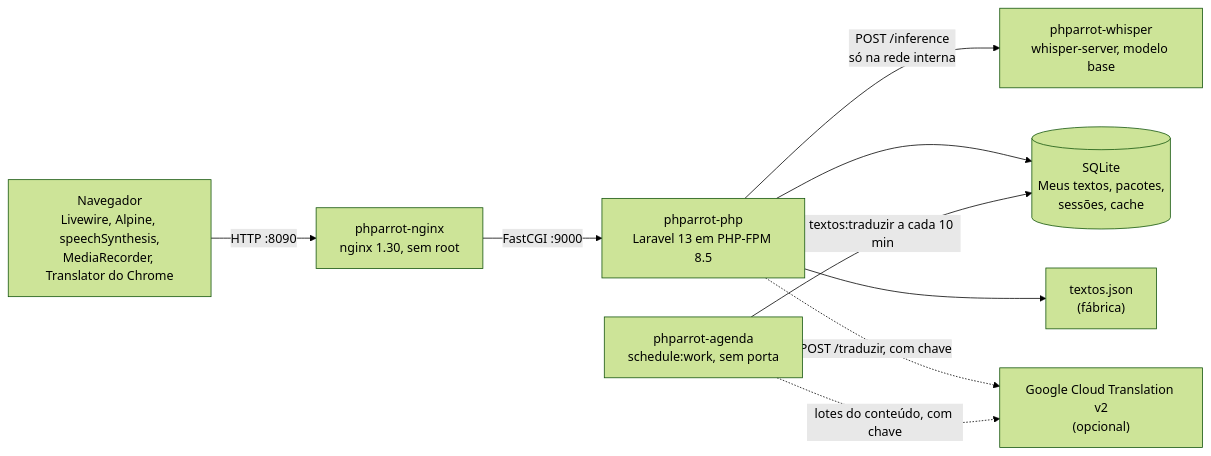
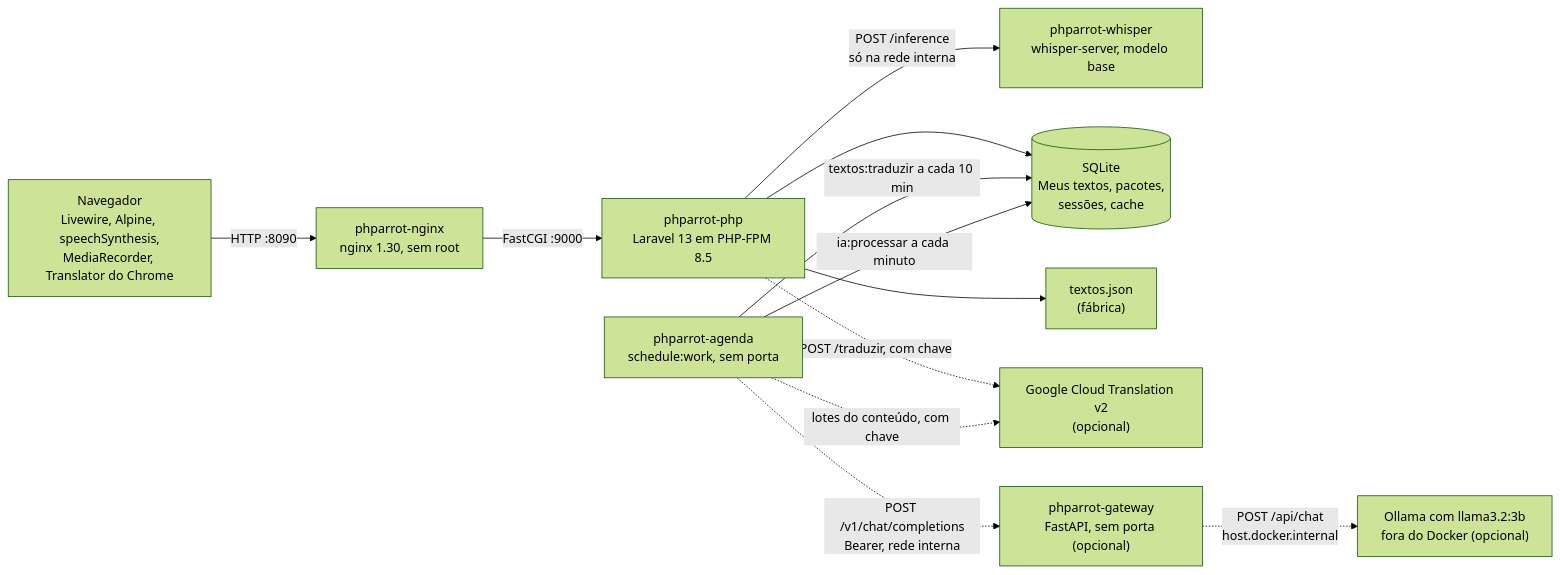
Before and after one commit to caiobarilli/PHParrot: the diagram in docs/arquitetura.md, drawn with Mermaid (forest theme). The commit also changed other lines of this file and 4 other files, not shown here.

````diff
--- a/docs/arquitetura.md
+++ b/docs/arquitetura.md
@@ -5,20 +5,25 @@
 ```mermaid
 flowchart LR
     nav["Navegador<br/>Livewire, Alpine, speechSynthesis,<br/>MediaRecorder, Translator do Chrome"]
     nginx["phparrot-nginx<br/>nginx 1.30, sem root"]
     php["phparrot-php<br/>Laravel 13 em PHP-FPM 8.5"]
     whisper["phparrot-whisper<br/>whisper-server, modelo base"]
     agenda["phparrot-agenda<br/>schedule:work, sem porta"]
     db[("SQLite<br/>Meus textos, pacotes,<br/>sessões, cache")]
     json["textos.json<br/>(fábrica)"]
     google["Google Cloud Translation v2<br/>(opcional)"]
+    gateway["phparrot-gateway<br/>FastAPI, sem porta (opcional)"]
+    ollama["Ollama com llama3.2:3b<br/>fora do Docker (opcional)"]
 
     nav -- "HTTP :8090" --> nginx
     nginx -- "FastCGI :9000" --> php
     php -- "POST /inference<br/>só na rede interna" --> whisper
     php --> db
     php --> json
     php -. "POST /traduzir, com chave" .-> google
     agenda -- "textos:traduzir a cada 10 min" --> db
     agenda -. "lotes do conteúdo, com chave" .-> google
+    agenda -- "ia:processar a cada minuto" --> db
+    agenda -. "POST /v1/chat/completions<br/>Bearer, rede interna" .-> gateway
+    gateway -. "POST /api/chat<br/>host.docker.internal" .-> ollama
 ```
````
